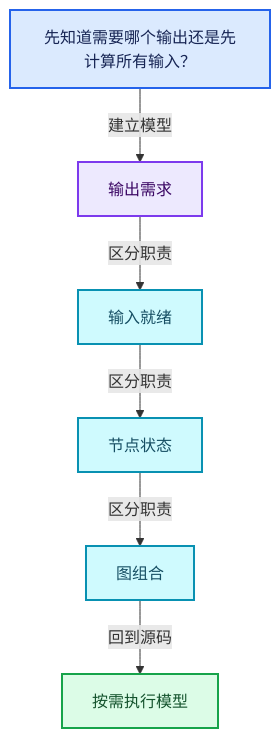
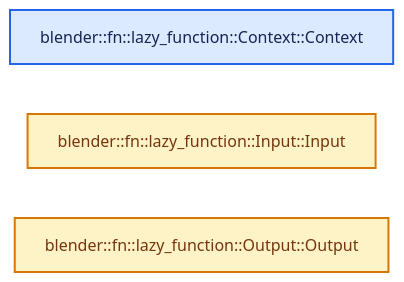
The second of 4 diagrams in 杂/markdown/全面学习-codex/09-LazyFunction与节点执行架构/01-按需执行模型.md (yunkezengren/blender-.vscode), drawn with Mermaid before and after one commit. The commit also changed other lines of this file and 1930 other files, not shown here.

````diff
--- a/杂/markdown/全面学习-codex/09-LazyFunction与节点执行架构/01-按需执行模型.md
+++ b/杂/markdown/全面学习-codex/09-LazyFunction与节点执行架构/01-按需执行模型.md
@@ -58,20 +46,12 @@
 ```mermaid
-flowchart TB
-  Q["先知道需要哪个输出还是先计算所有输入？"]:::input
-  C0["输出需求"]:::abstraction
-  C1["输入就绪"]:::data
-  C2["节点状态"]:::data
-  C3["图组合"]:::data
-  R["按需执行模型"]:::result
-  Q -->|"建立模型"| C0
-  C0 -->|"区分职责"| C1
-  C1 -->|"区分职责"| C2
-  C2 -->|"区分职责"| C3
-  C3 -->|"回到源码"| R
+flowchart LR
+  F0["blender::fn::lazy_function::Context::Context"]:::input
+  F1["blender::fn::lazy_function::Input::Input"]:::compute
+  F2["blender::fn::lazy_function::Output::Output"]:::compute
   classDef input fill:#DBEAFE,stroke:#2563EB,color:#172554,stroke-width:2px;
   classDef data fill:#CFFAFE,stroke:#0891B2,color:#164E63,stroke-width:2px;
   classDef abstraction fill:#EDE9FE,stroke:#7C3AED,color:#3B0764,stroke-width:2px;
   classDef compute fill:#FEF3C7,stroke:#D97706,color:#78350F,stroke-width:2px;
   classDef result fill:#DCFCE7,stroke:#16A34A,color:#14532D,stroke-width:2px;
   classDef error fill:#FEE2E2,stroke:#DC2626,color:#7F1D1D,stroke-width:2px;
 ```
````
